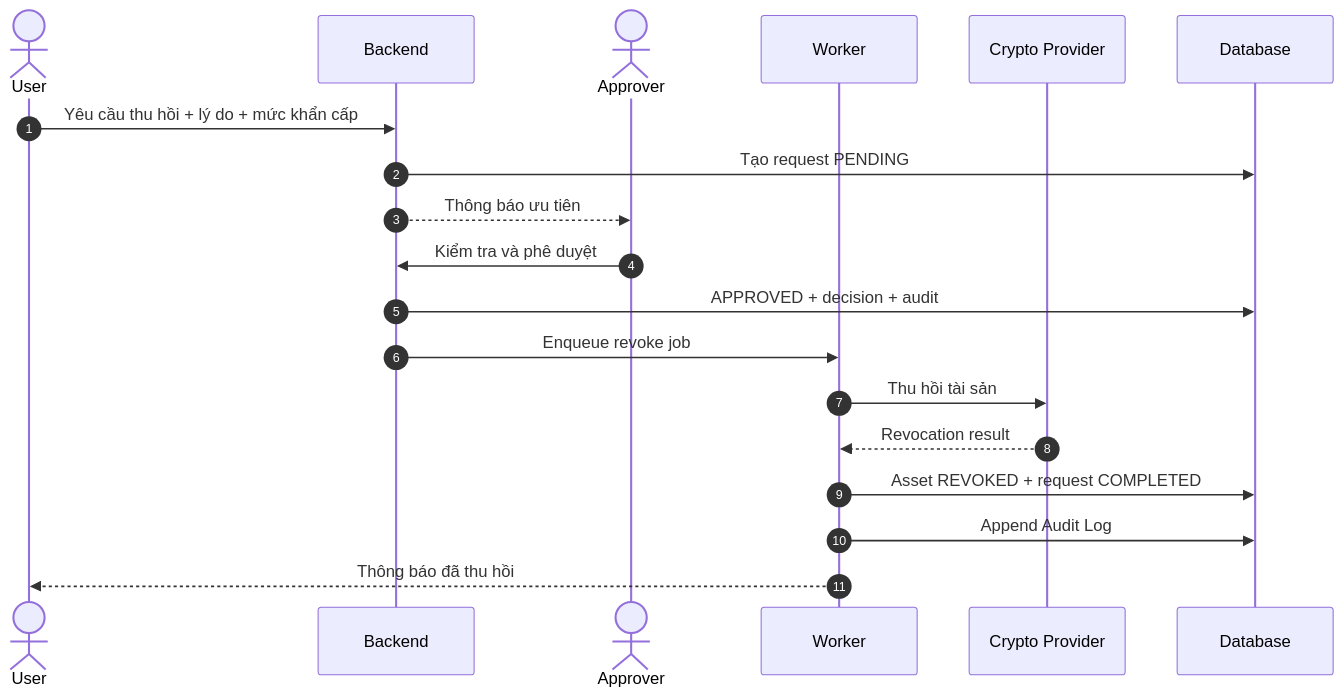
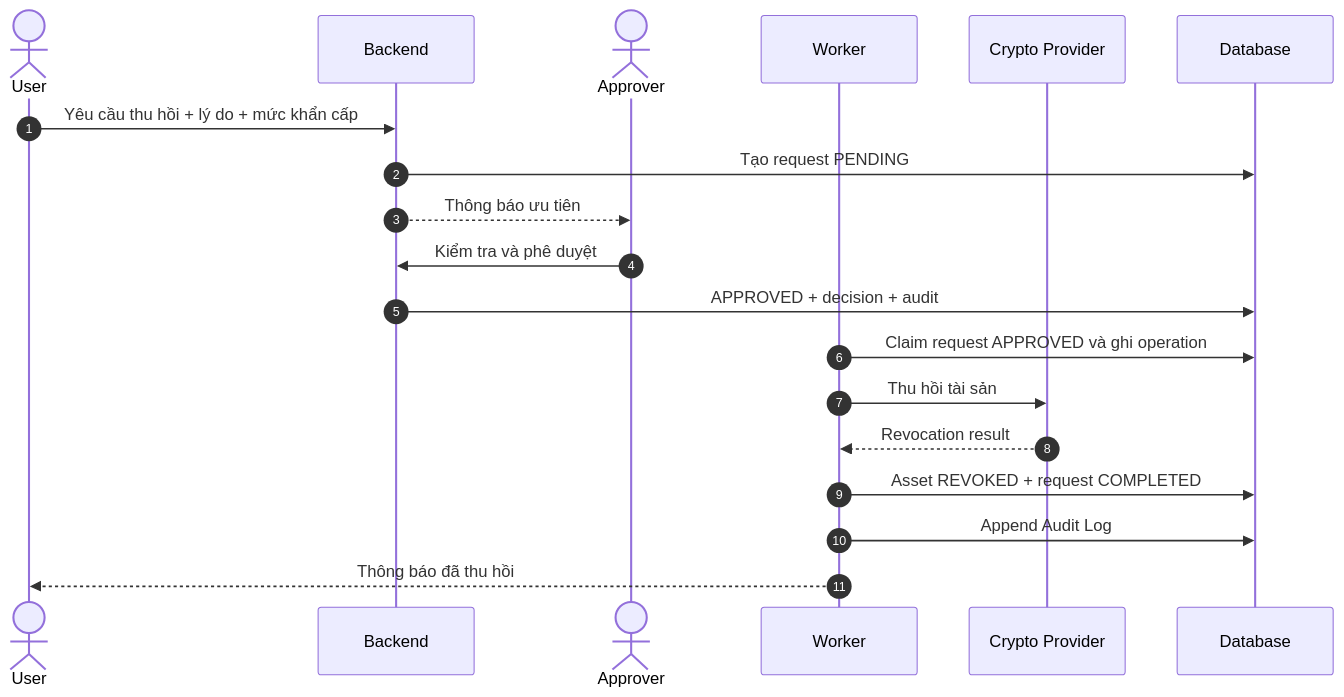
One commit to Eyblcat12/Cryta changed the fifth of 9 diagrams in 01_luong_hoat_dong_he_thong.md. Above: the diagram before and after it, drawn with Mermaid. The commit also changed other lines of this file and 356 other files, not shown here.

````diff
--- a/01_luong_hoat_dong_he_thong.md
+++ b/01_luong_hoat_dong_he_thong.md
@@ -183,22 +188,22 @@
 ```mermaid
 sequenceDiagram
     autonumber
     actor U as User
     participant API as Backend
     actor A as Approver
     participant W as Worker
     participant CP as Crypto Provider
     participant DB as Database
 
     U->>API: Yêu cầu thu hồi + lý do + mức khẩn cấp
     API->>DB: Tạo request PENDING
     API-->>A: Thông báo ưu tiên
     A->>API: Kiểm tra và phê duyệt
     API->>DB: APPROVED + decision + audit
-    API->>W: Enqueue revoke job
+    W->>DB: Claim request APPROVED và ghi operation
     W->>CP: Thu hồi tài sản
     CP-->>W: Revocation result
     W->>DB: Asset REVOKED + request COMPLETED
     W->>DB: Append Audit Log
     W-->>U: Thông báo đã thu hồi
 ```
````
